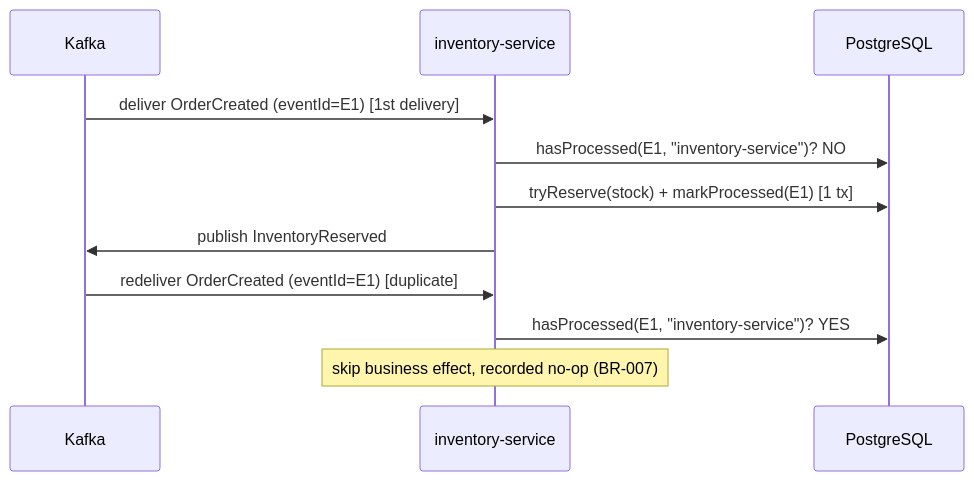
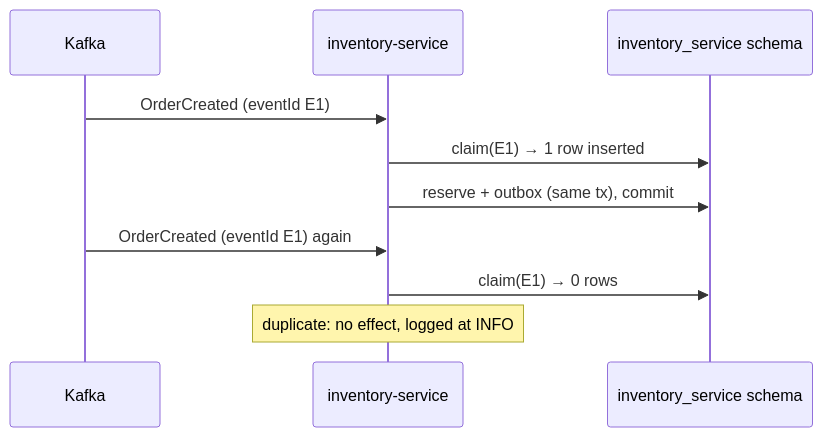
The ninth of 12 diagrams in docs/sdd.md (kaulinmindiola/Resilient-Order-Pipeline), drawn with Mermaid before and after one commit. The commit also changed other lines of this file, not shown here.

Commit message:
docs: align SDD with the implementation and add sequence diagrams

````diff
--- a/docs/sdd.md
+++ b/docs/sdd.md
@@ -537,14 +443,13 @@
 ```mermaid
 sequenceDiagram
-    participant KF as Kafka
+    participant K as Kafka
     participant IS as inventory-service
-    participant DBI as PostgreSQL
+    participant IDB as inventory_service schema
 
-    KF->>IS: deliver OrderCreated (eventId=E1) [1st delivery]
-    IS->>DBI: hasProcessed(E1, "inventory-service")? NO
-    IS->>DBI: tryReserve(stock) + markProcessed(E1) [1 tx]
-    IS->>KF: publish InventoryReserved
-    KF->>IS: redeliver OrderCreated (eventId=E1) [duplicate]
-    IS->>DBI: hasProcessed(E1, "inventory-service")? YES
-    Note over IS: skip business effect, recorded no-op (BR-007)
+    K->>IS: OrderCreated (eventId E1)
+    IS->>IDB: claim(E1) → 1 row inserted
+    IS->>IDB: reserve + outbox (same tx), commit
+    K->>IS: OrderCreated (eventId E1) again
+    IS->>IDB: claim(E1) → 0 rows
+    Note over IS: duplicate: no effect, logged at INFO
 ```
````
